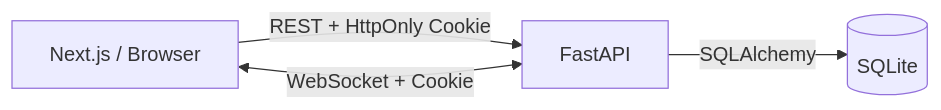
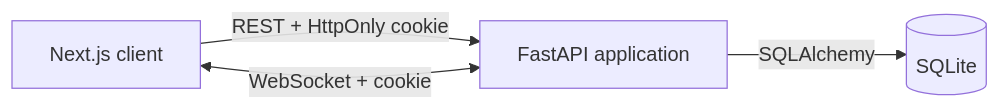
Before and after one commit to reyquza/2WINS_skill_test: the first of 3 diagrams in README.md, drawn with Mermaid. The commit also changed other lines of this file and 23 other files, not shown here.

````diff
--- a/README.md
+++ b/README.md
@@ -113,10 +61,10 @@
 ```mermaid
 flowchart LR
-    Browser[Next.js / Browser]
-    API[FastAPI]
+    Browser[Next.js client]
+    API[FastAPI application]
     DB[(SQLite)]
 
-    Browser -->|REST + HttpOnly Cookie| API
-    Browser <-->|WebSocket + Cookie| API
+    Browser -->|REST + HttpOnly cookie| API
+    Browser <-->|WebSocket + cookie| API
     API -->|SQLAlchemy| DB
 ```
````
